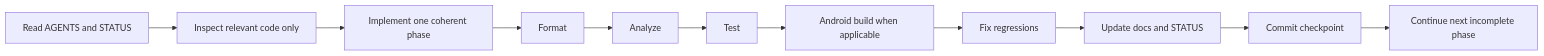
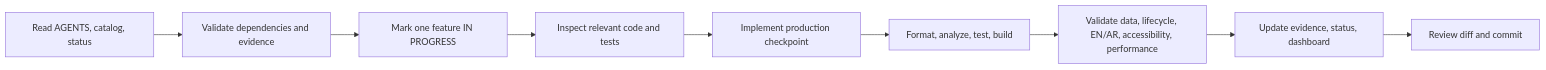
Before and after one commit to walidatiyaai2025-gif/CARGame: the diagram in docs/IMPLEMENTATION_PLAN.md, drawn with Mermaid. The commit also changed other lines of this file, not shown here.

Commit message:
Add production governance workstreams

````diff
--- a/docs/IMPLEMENTATION_PLAN.md
+++ b/docs/IMPLEMENTATION_PLAN.md
@@ -20,13 +11,11 @@
 ```mermaid
 flowchart LR
-    A[Read AGENTS and STATUS] --> B[Inspect relevant code only]
-    B --> C[Implement one coherent phase]
-    C --> D[Format]
-    D --> E[Analyze]
-    E --> F[Test]
-    F --> G[Android build when applicable]
-    G --> H[Fix regressions]
-    H --> I[Update docs and STATUS]
-    I --> J[Commit checkpoint]
-    J --> K[Continue next incomplete phase]
+    A[Read AGENTS, catalog, status] --> B[Validate dependencies and evidence]
+    B --> C[Mark one feature IN PROGRESS]
+    C --> D[Inspect relevant code and tests]
+    D --> E[Implement production checkpoint]
+    E --> F[Format, analyze, test, build]
+    F --> G[Validate data, lifecycle, EN/AR, accessibility, performance]
+    G --> H[Update evidence, status, dashboard]
+    H --> I[Review diff and commit]
 ```
````
